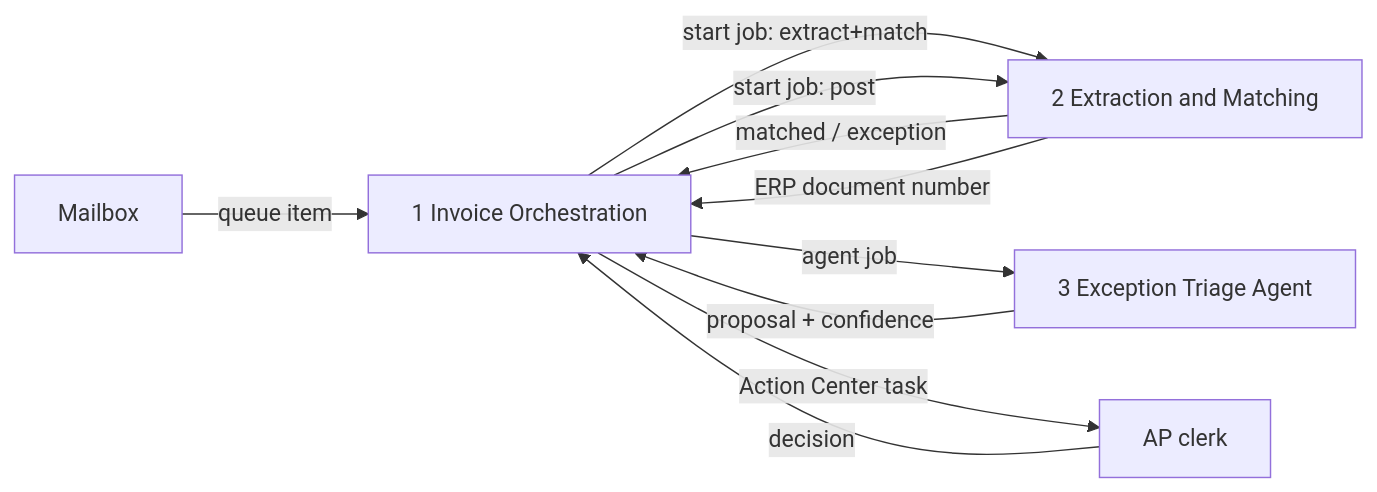
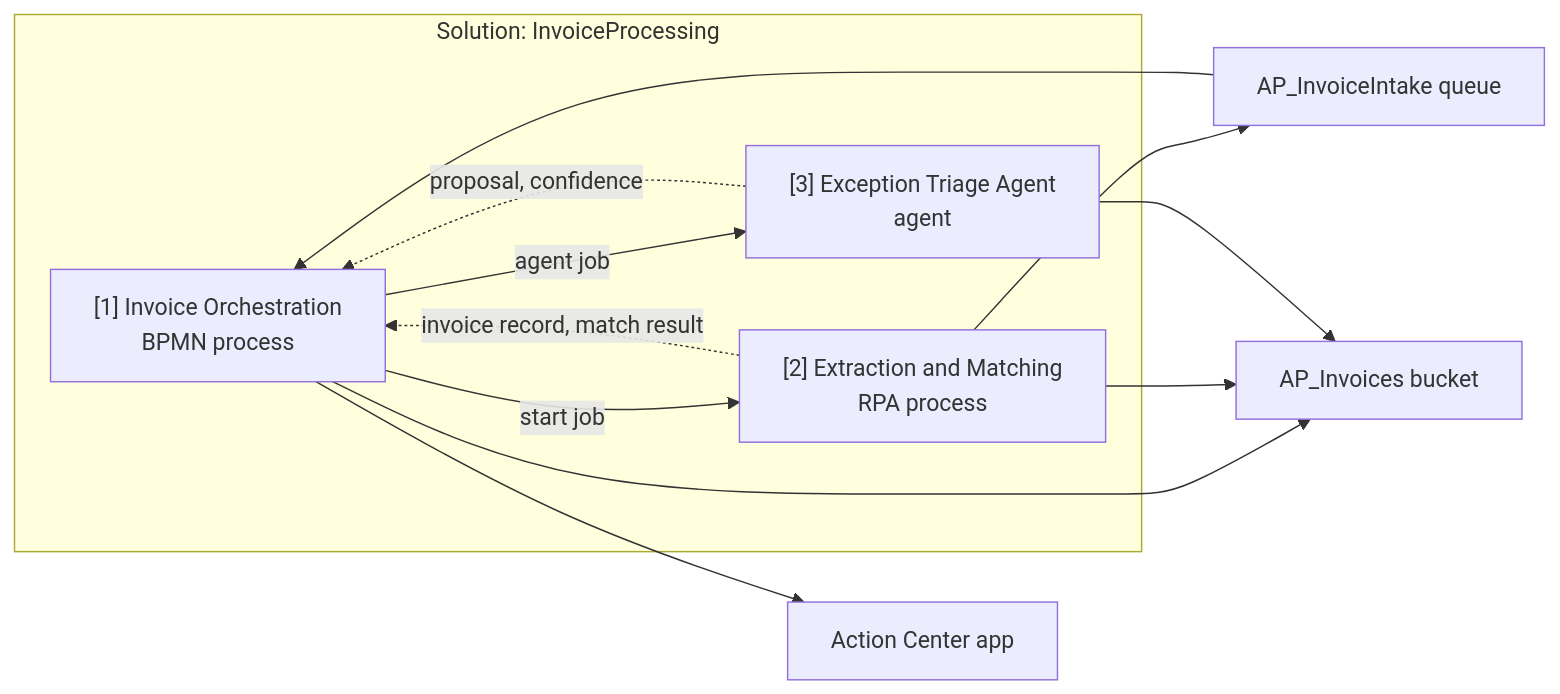
One commit to UiPath/skills changed the second of 2 diagrams in skills/uipath-genome/assets/examples/invoice-processing-genome.md. Above: the diagram before and after it, drawn with Mermaid. The commit also changed other lines of this file and 2 other files, not shown here.

Commit message:
Use BPMN-style swimlane and component views for process genome diagrams

````diff
--- a/skills/uipath-genome/assets/examples/invoice-processing-genome.md
+++ b/skills/uipath-genome/assets/examples/invoice-processing-genome.md
@@ -47,12 +91,19 @@
 ```mermaid
 flowchart LR
-  M[Mailbox] -->|queue item| O[1 Invoice Orchestration]
-  O -->|start job: extract+match| R[2 Extraction and Matching]
-  R -->|matched / exception| O
-  O -->|agent job| A[3 Exception Triage Agent]
-  A -->|proposal + confidence| O
-  O -->|Action Center task| H[AP clerk]
-  H -->|decision| O
-  O -->|start job: post| R
-  R -->|ERP document number| O
+  subgraph SOL[Solution: InvoiceProcessing]
+    O["[1] Invoice Orchestration<br/>BPMN process"]
+    R["[2] Extraction and Matching<br/>RPA process"]
+    A["[3] Exception Triage Agent<br/>agent"]
+  end
+  O -->|start job| R
+  O -->|agent job| A
+  R -.->|invoice record, match result| O
+  A -.->|proposal, confidence| O
+  Q[AP_InvoiceIntake queue]
+  B[AP_Invoices bucket]
+  AC[Action Center app]
+  R --> Q
+  Q --> O
+  O & R & A --> B
+  O --> AC
 ```
````
